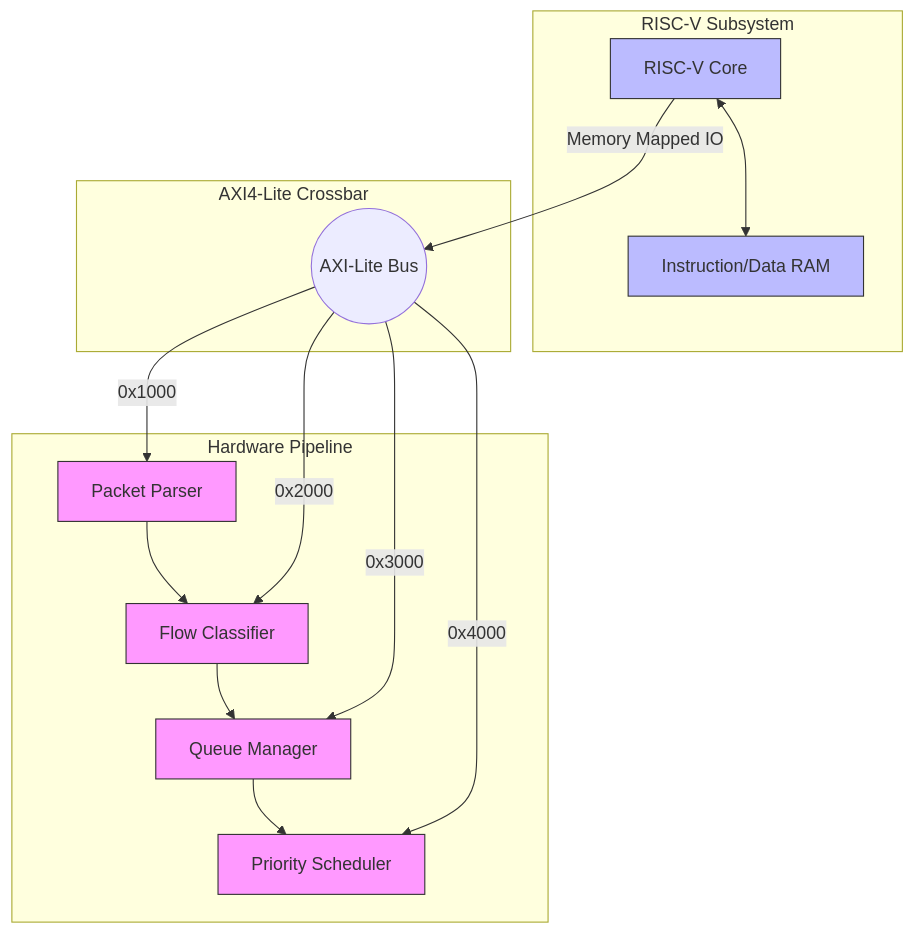
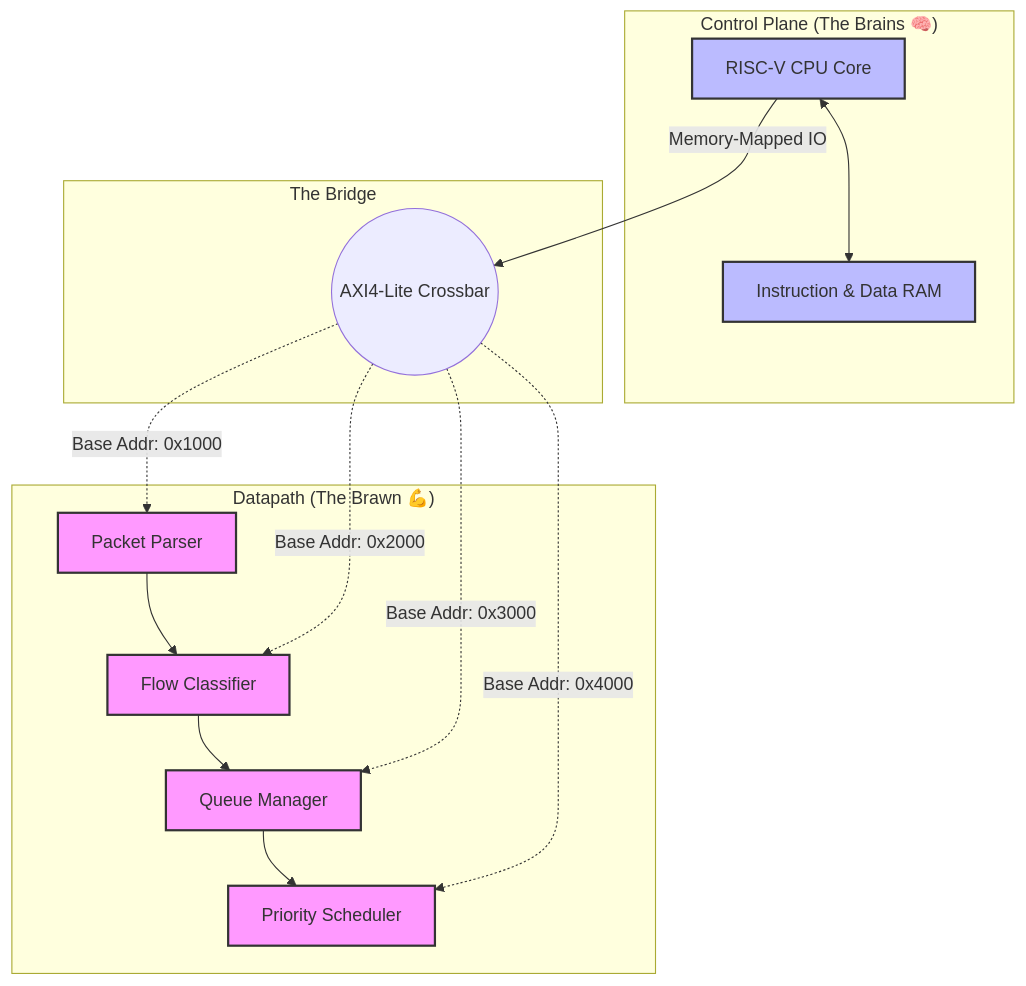
The diagram in docs/08_riscv_control_plane.md (Ganeshkumara26/SmartNIC), drawn with Mermaid before and after one commit. The commit also changed other lines of this file and 5 other files, not shown here.

Commit message:
docs: Re-write all chunks with brilliant formatting, Mermaid diagrams, and GitHub alerts

````diff
--- a/docs/08_riscv_control_plane.md
+++ b/docs/08_riscv_control_plane.md
@@ -15,30 +24,30 @@
 ```mermaid
 graph TD
-    subgraph Control Plane [RISC-V Subsystem]
-        CPU[RISC-V Core]
-        MEM[Instruction/Data RAM]
-        CPU <--> MEM
+    subgraph "Control Plane (The Brains 🧠)"
+        CPU[RISC-V CPU Core]
+        RAM[Instruction & Data RAM]
+        CPU <--> RAM
     end
 
-    subgraph Datapath [Hardware Pipeline]
+    subgraph "Datapath (The Brawn 💪)"
         P[Packet Parser] --> C[Flow Classifier]
         C --> Q[Queue Manager]
         Q --> S[Priority Scheduler]
     end
 
-    subgraph Interconnect [AXI4-Lite Crossbar]
-        AXI((AXI-Lite Bus))
+    subgraph "The Bridge"
+        AXI((AXI4-Lite Crossbar))
     end
 
-    CPU -->|Memory Mapped IO| AXI
+    CPU -->|Memory-Mapped IO| AXI
     
-    AXI -->|0x1000| P
-    AXI -->|0x2000| C
-    AXI -->|0x3000| Q
-    AXI -->|0x4000| S
+    AXI -.->|Base Addr: 0x1000| P
+    AXI -.->|Base Addr: 0x2000| C
+    AXI -.->|Base Addr: 0x3000| Q
+    AXI -.->|Base Addr: 0x4000| S
     
-    classDef soft fill:#bbf,stroke:#333
-    classDef hard fill:#f9f,stroke:#333
-    class CPU,MEM soft
-    class P,C,Q,S hard
+    classDef cpu fill:#bbf,stroke:#333,stroke-width:2px
+    classDef fpga fill:#f9f,stroke:#333,stroke-width:2px
+    class CPU,RAM cpu
+    class P,C,Q,S fpga
 ```
````
